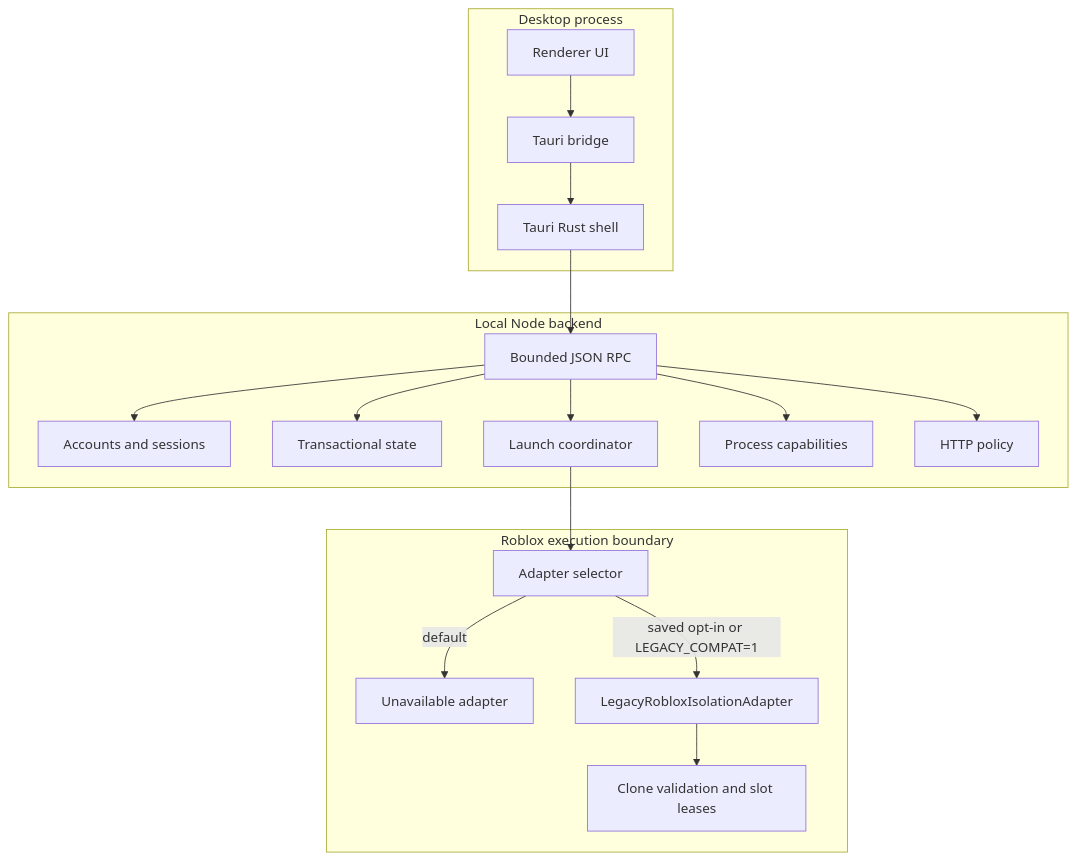
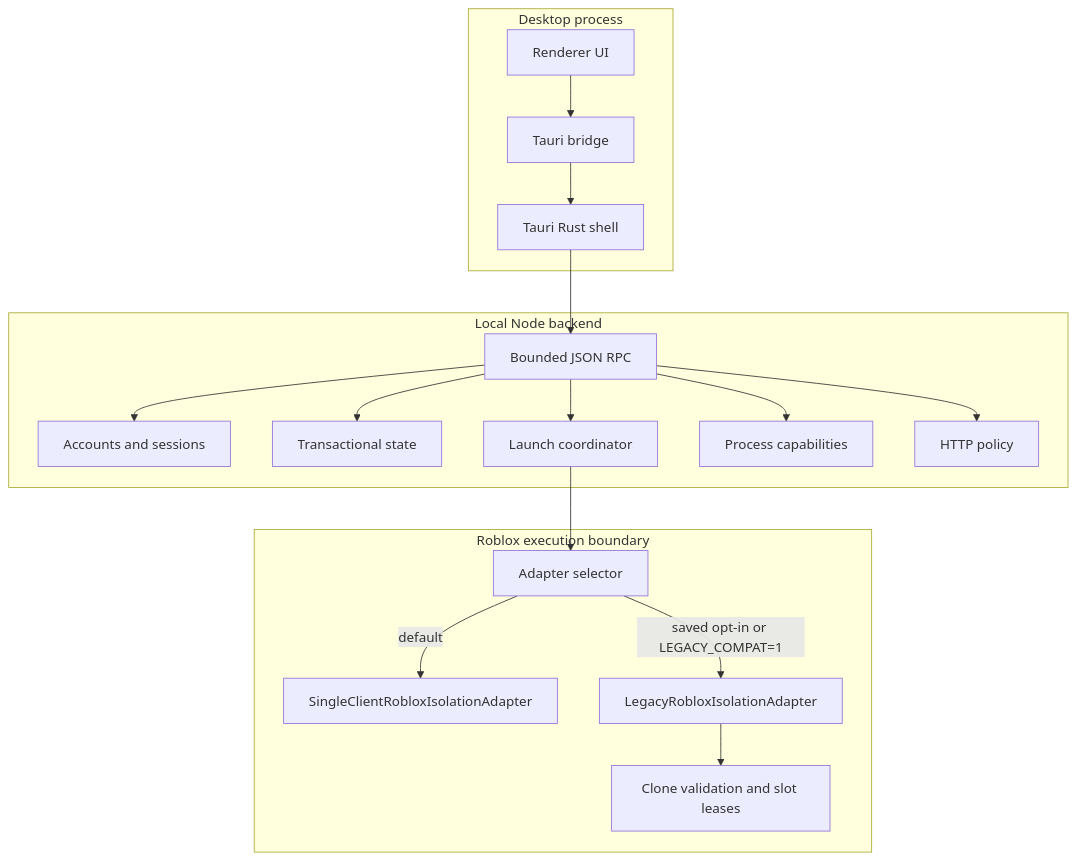
The diagram in docs/developer/architecture.md (SadinKai/SUNDAY), drawn with Mermaid before and after one commit. The commit also changed other lines of this file and 55 other files, not shown here.

````diff
--- a/docs/developer/architecture.md
+++ b/docs/developer/architecture.md
@@ -7,35 +7,35 @@
 ```mermaid
 flowchart TB
     subgraph Desktop[Desktop process]
       Renderer[Renderer UI]
       Bridge[Tauri bridge]
       Rust[Tauri Rust shell]
     end
 
     subgraph Backend[Local Node backend]
       RPC[Bounded JSON RPC]
       Accounts[Accounts and sessions]
       State[Transactional state]
       Coordinator[Launch coordinator]
       Capabilities[Process capabilities]
       Network[HTTP policy]
     end
 
     subgraph Isolation[Roblox execution boundary]
       Selector[Adapter selector]
-      Unavailable[Unavailable adapter]
+      Single[SingleClientRobloxIsolationAdapter]
       Legacy[LegacyRobloxIsolationAdapter]
       Slots[Clone validation and slot leases]
     end
 
     Renderer --> Bridge --> Rust --> RPC
     RPC --> Accounts
     RPC --> State
     RPC --> Coordinator
     RPC --> Capabilities
     RPC --> Network
     Coordinator --> Selector
-    Selector -->|default| Unavailable
+    Selector -->|default| Single
     Selector -->|saved opt-in or LEGACY_COMPAT=1| Legacy
     Legacy --> Slots
 ```
````
